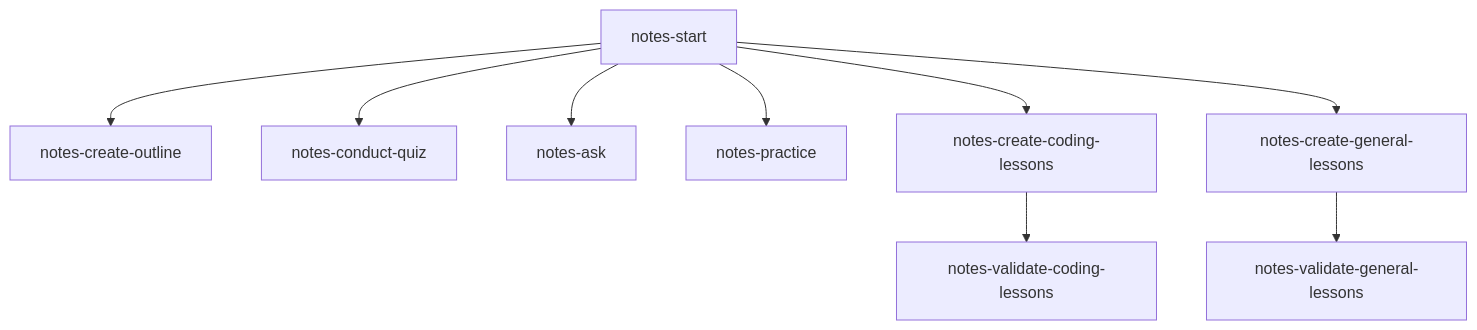
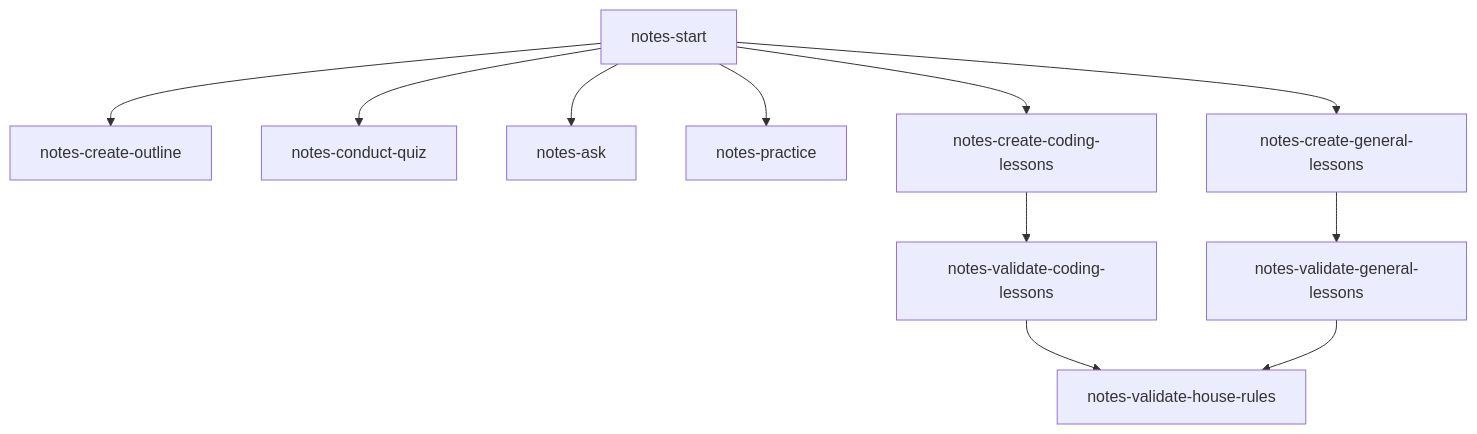
Before and after one commit to asquilatan/notes-skills: the diagram in README.md, drawn with Mermaid. The commit also changed other lines of this file and 5 other files, not shown here.

Commit message:
feat: add independent house-rules auditor for voice and structure (resolves #9)

````diff
--- a/README.md
+++ b/README.md
@@ -5,21 +5,24 @@
 ```mermaid
 graph TD
     Start["notes-start"]
     Outline["notes-create-outline"]
     Quiz["notes-conduct-quiz"]
     Ask["notes-ask"]
     Practice["notes-practice"]
     CodingLessons["notes-create-coding-lessons"]
     GeneralLessons["notes-create-general-lessons"]
     ValidateCode["notes-validate-coding-lessons"]
     ValidateGeneral["notes-validate-general-lessons"]
+    HouseRules["notes-validate-house-rules"]
 
     Start --> Outline
     Start --> Quiz
     Start --> Ask
     Start --> Practice
     Start --> CodingLessons
     Start --> GeneralLessons
     CodingLessons --> ValidateCode
     GeneralLessons --> ValidateGeneral
+    ValidateCode --> HouseRules
+    ValidateGeneral --> HouseRules
 ```
````
